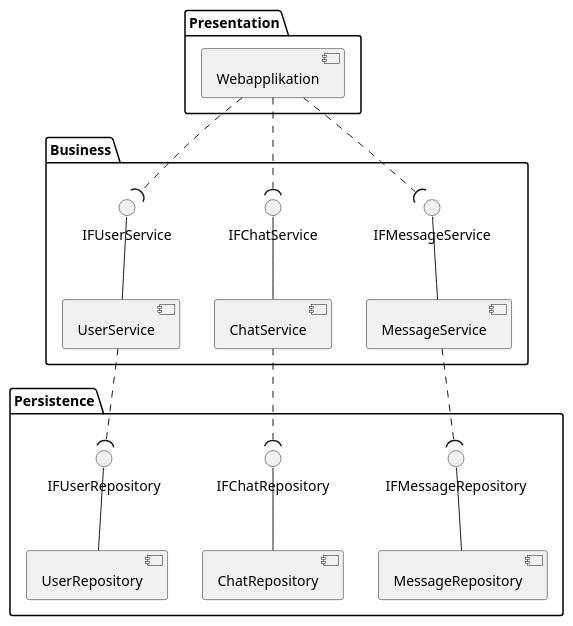
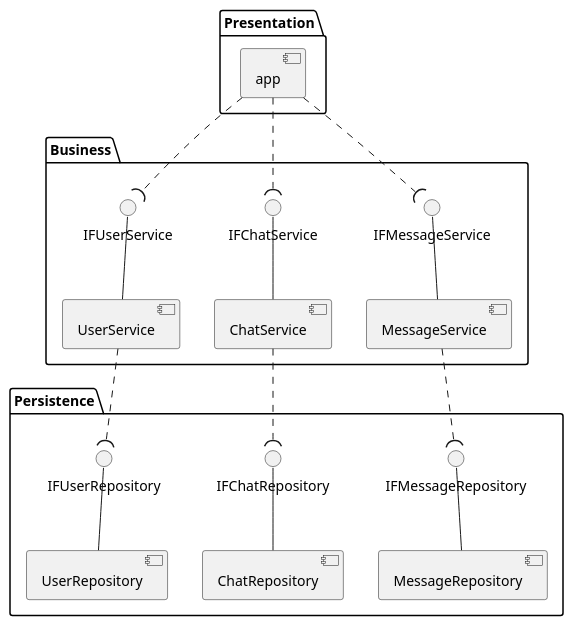
One commit to bbenno/oth-sw changed the diagram in src/doc/uml-component.puml. Above: the diagram before and after it, drawn with PlantUML.

Commit message:
Use short form of component diagram syntax

```diff
--- a/src/doc/uml-component.puml
+++ b/src/doc/uml-component.puml
@@ -1,46 +1,30 @@
 @startuml chat
 ' Presentation Layer
 package "Presentation" {
-    component "Webapplikation" as app
+    [app]
 }
 
 ' Busines (Logic) Layer
 package "Business" {
-    component "UserService" as US
-    component "ChatService" as CS
-    component "MessageService" as MS
-
-    interface "IFUserService" as IFUS
-    interface "IFChatService" as IFCS
-    interface "IFMessageService" as IFMS
-
-    US -up- IFUS
-    CS -up- IFCS
-    MS -up- IFMS
+    [UserService] -up- IFUserService
+    [ChatService] -up- IFChatService
+    [MessageService] -up- IFMessageService
 }
 
 ' Persistence Layer
 package "Persistence" {
-    component "UserRepository" as UR
-    component "ChatRepository" as CR
-    component "MessageRepository" as MR
-
-    interface "IFUserRepository" as IFUR
-    interface "IFChatRepository" as IFCR
-    interface "IFMessageRepository" as IFMR
-
-    UR -up- IFUR
-    CR -up- IFCR
-    MR -up- IFMR
+    [UserRepository] -up- IFUserRepository
+    [ChatRepository] -up- IFChatRepository
+    [MessageRepository] -up- IFMessageRepository
 }
 
 ' Connect presentation layer to busines layer
-app .down.( IFUS
-app .down.( IFCS
-app .down.( IFMS
+[app] .down.( IFUserService
+[app] .down.( IFChatService
+[app] .down.( IFMessageService
 
 ' Connect business layer to persistence layer
-US .down.( IFUR
-CS .down.( IFCR
-MS .down.( IFMR
+[UserService] .down.( IFUserRepository
+[ChatService] .down.( IFChatRepository
+[MessageService] .down.( IFMessageRepository
 @enduml
```
